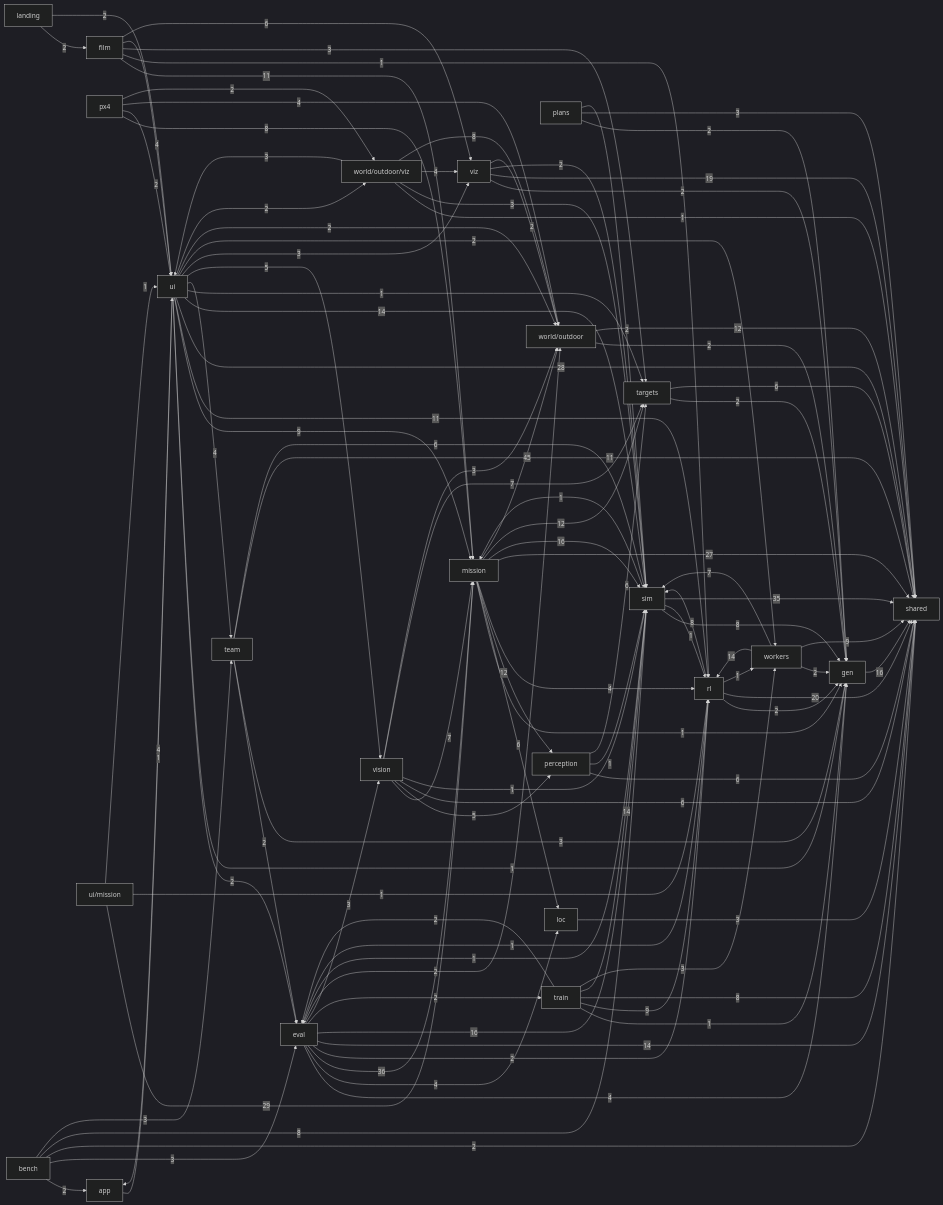
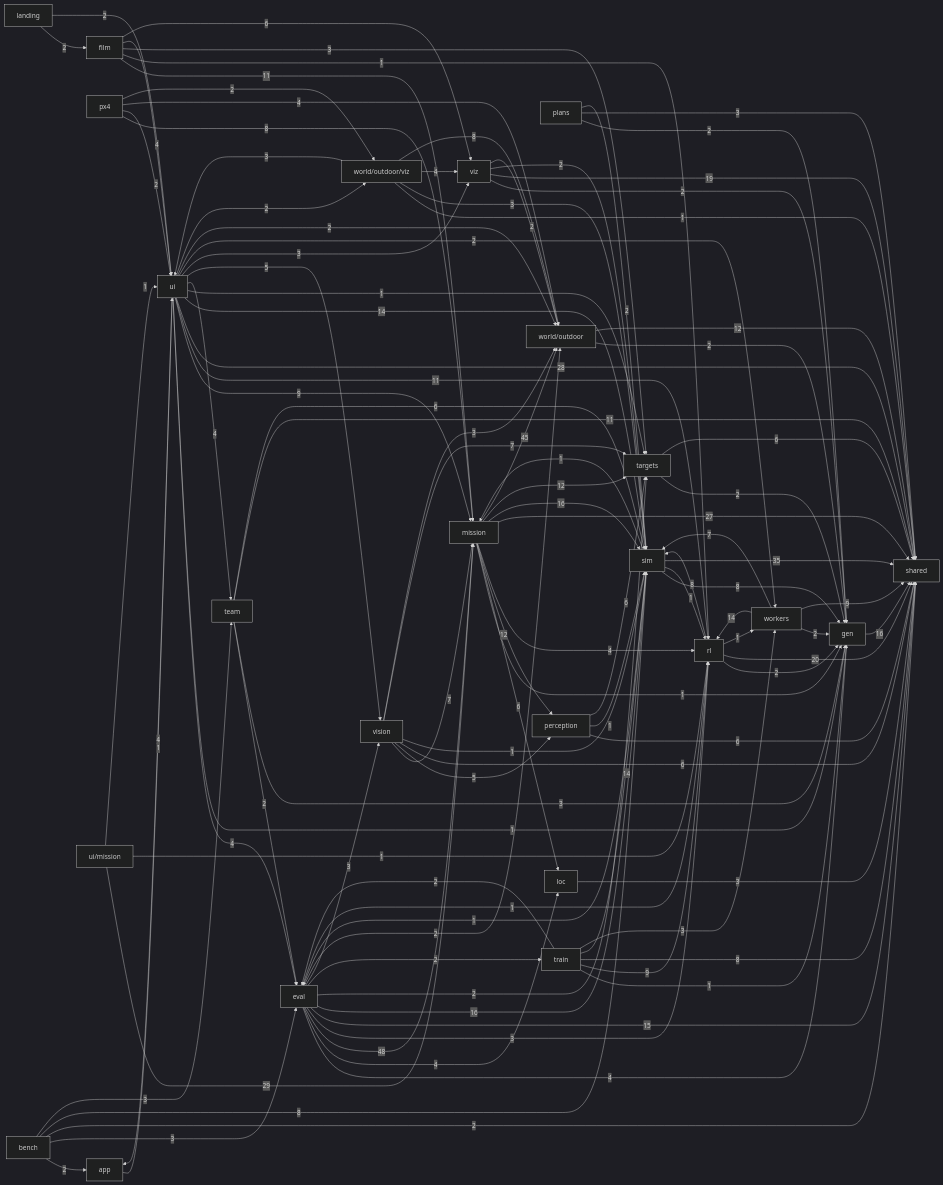
Before and after one commit to alexnieves-cs/frontier-fly: the second of 2 diagrams in docs/ARCHITECTURE.md, drawn with Mermaid (dark theme). The commit also changed other lines of this file and 26 other files, not shown here.

```diff
--- a/docs/ARCHITECTURE.md
+++ b/docs/ARCHITECTURE.md
@@ -108,10 +108,11 @@
   bench -->|3| team
   eval -->|4| gen
   eval -->|4| loc
-  eval -->|36| mission
-  eval -->|2| rl
-  eval -->|14| shared
+  eval -->|48| mission
+  eval -->|3| rl
+  eval -->|15| shared
   eval -->|16| sim
+  eval -->|2| targets
   eval -->|2| train
   eval -->|3| vision
   eval -->|2| world_outdoor
@@ -168,7 +169,7 @@
   ui_mission -->|1| rl
   ui_mission -->|1| ui
   ui -->|4| app
-  ui -->|2| eval
+  ui -->|4| eval
   ui -->|1| gen
   ui -->|9| mission
   ui -->|11| rl
```
